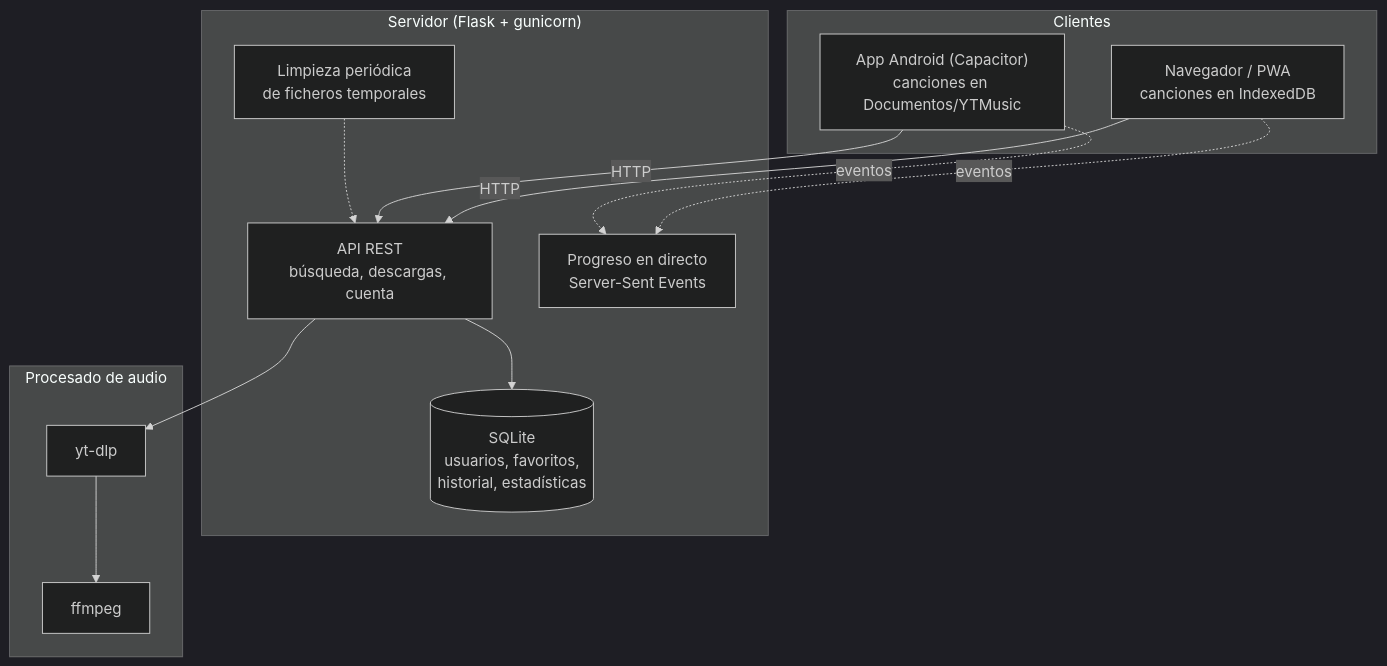
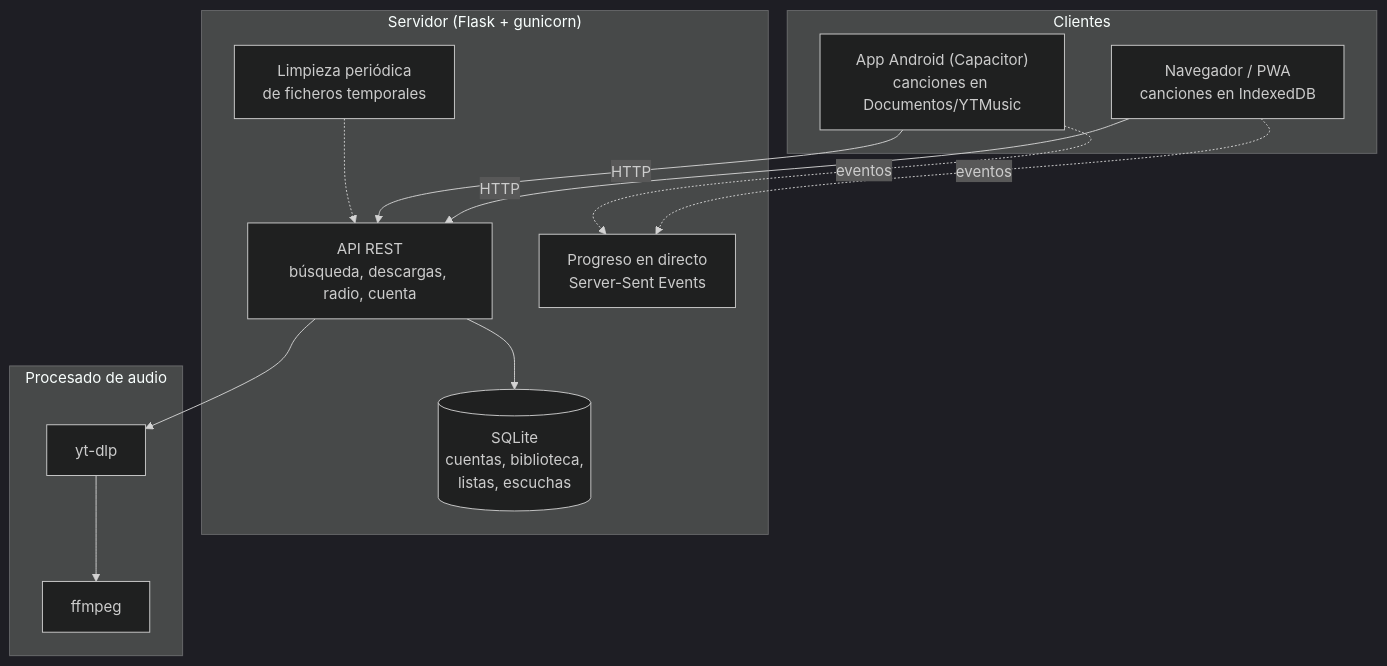
One commit to Ten1O0/YouTube-Music-Downloader changed the diagram in README.md. Above: the diagram before and after it, drawn with Mermaid (dark theme). The commit also changed other lines of this file and 8 other files, not shown here.

````diff
--- a/README.md
+++ b/README.md
@@ -69,28 +112,28 @@
 ```mermaid
 graph TD
     subgraph Clientes
         WEB["Navegador / PWA<br/>canciones en IndexedDB"]
         APK["App Android (Capacitor)<br/>canciones en Documentos/YTMusic"]
     end
 
     subgraph Servidor ["Servidor (Flask + gunicorn)"]
-        API["API REST<br/>búsqueda, descargas, cuenta"]
+        API["API REST<br/>búsqueda, descargas, radio, cuenta"]
         SSE["Progreso en directo<br/>Server-Sent Events"]
         LIMPIEZA["Limpieza periódica<br/>de ficheros temporales"]
-        DB[("SQLite<br/>usuarios, favoritos,<br/>historial, estadísticas")]
+        DB[("SQLite<br/>cuentas, biblioteca,<br/>listas, escuchas")]
     end
 
     subgraph Audio ["Procesado de audio"]
         YTDLP["yt-dlp"]
         FFMPEG["ffmpeg"]
     end
 
     WEB -->|HTTP| API
     APK -->|HTTP| API
     WEB -.->|eventos| SSE
     APK -.->|eventos| SSE
     API --> DB
     API --> YTDLP
     YTDLP --> FFMPEG
     LIMPIEZA -.-> API
 ```
````
